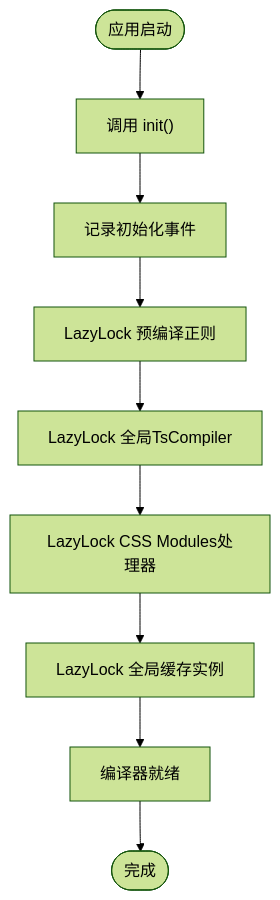
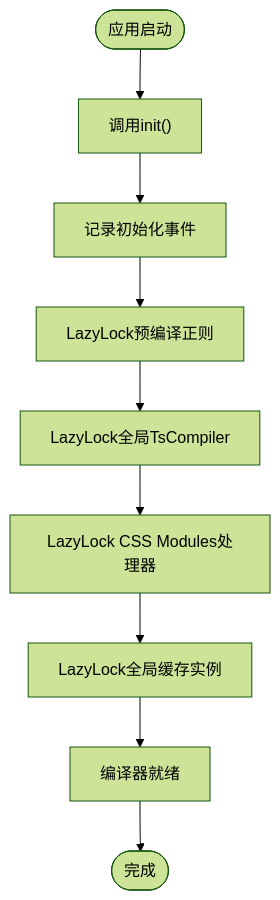
Diagram 11 of 23 in .qoder/repowiki/zh/content/技术架构详解/即时转译系统/SFC编译器初始化机制/SFC编译器初始化机制.md (itszzl-sudo/iris), drawn with Mermaid (forest theme) before and after one commit. The commit also changed other lines of this file and 7 other files, not shown here.

````diff
--- a/.qoder/repowiki/zh/content/技术架构详解/即时转译系统/SFC编译器初始化机制/SFC编译器初始化机制.md
+++ b/.qoder/repowiki/zh/content/技术架构详解/即时转译系统/SFC编译器初始化机制/SFC编译器初始化机制.md
@@ -514,11 +515,11 @@
 ```mermaid
 flowchart TD
-Start([应用启动]) --> CallInit["调用 init()"]
+Start([应用启动]) --> CallInit["调用init()"]
 CallInit --> LogInit["记录初始化事件"]
-LogInit --> LazyRegex["LazyLock 预编译正则"]
-LazyRegex --> GlobalTsCompiler["LazyLock 全局TsCompiler"]
+LogInit --> LazyRegex["LazyLock预编译正则"]
+LazyRegex --> GlobalTsCompiler["LazyLock全局TsCompiler"]
 GlobalTsCompiler --> CssModules["LazyLock CSS Modules处理器"]
-CssModules --> GlobalCache["LazyLock 全局缓存实例"]
+CssModules --> GlobalCache["LazyLock全局缓存实例"]
 GlobalCache --> Ready["编译器就绪"]
 Ready --> End([完成])
 ```
````
